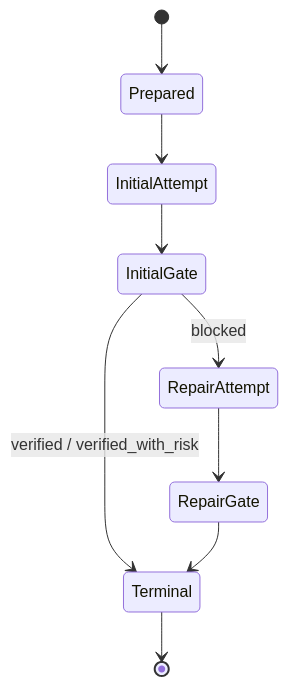
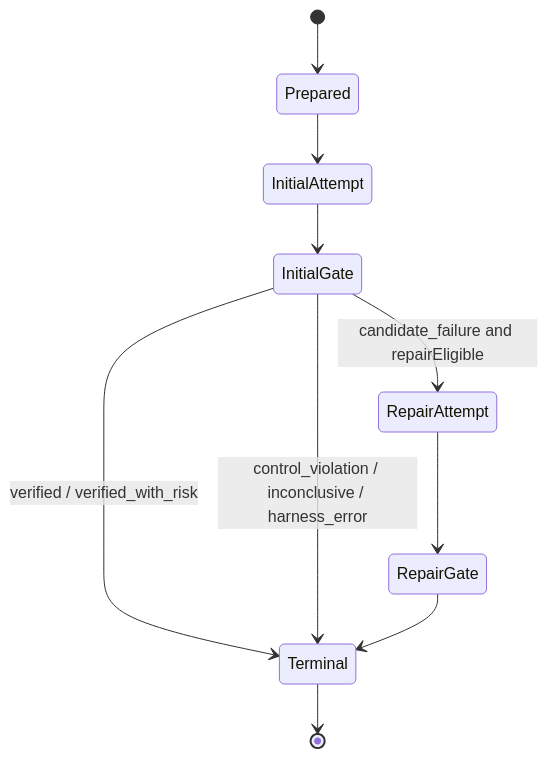
The second of 2 diagrams in principle-guided-agent-research/12-archon-c2-prototype/technical-design.md (keyanUB/Archon), drawn with Mermaid before and after one commit. The commit also changed other lines of this file and 86 other files, not shown here.

````diff
--- a/principle-guided-agent-research/12-archon-c2-prototype/technical-design.md
+++ b/principle-guided-agent-research/12-archon-c2-prototype/technical-design.md
@@ -834,11 +1200,12 @@
 ```mermaid
 stateDiagram-v2
   [*] --> Prepared
   Prepared --> InitialAttempt
   InitialAttempt --> InitialGate
   InitialGate --> Terminal: verified / verified_with_risk
-  InitialGate --> RepairAttempt: blocked
+  InitialGate --> RepairAttempt: candidate_failure and repairEligible
+  InitialGate --> Terminal: control_violation / inconclusive / harness_error
   RepairAttempt --> RepairGate
   RepairGate --> Terminal
   Terminal --> [*]
 ```
````
